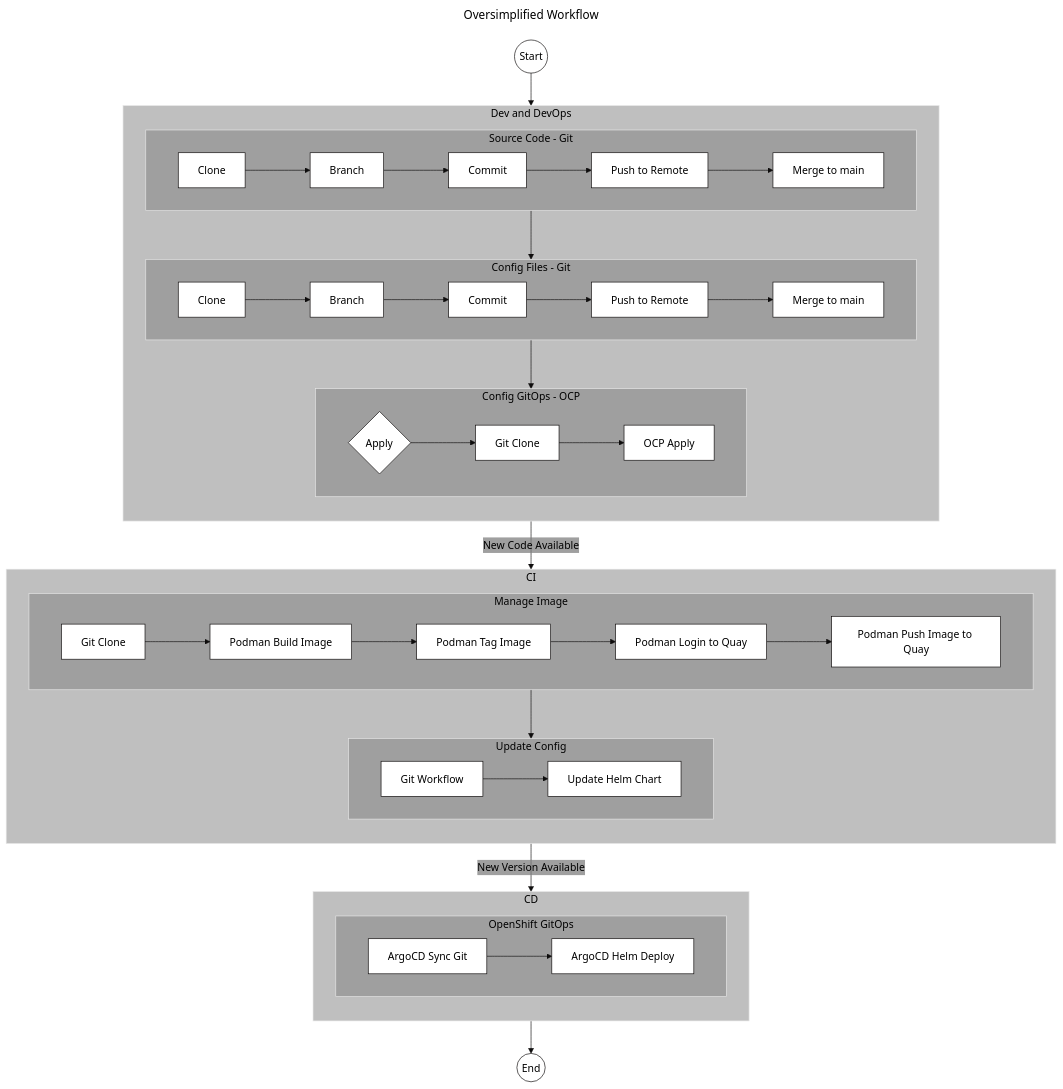
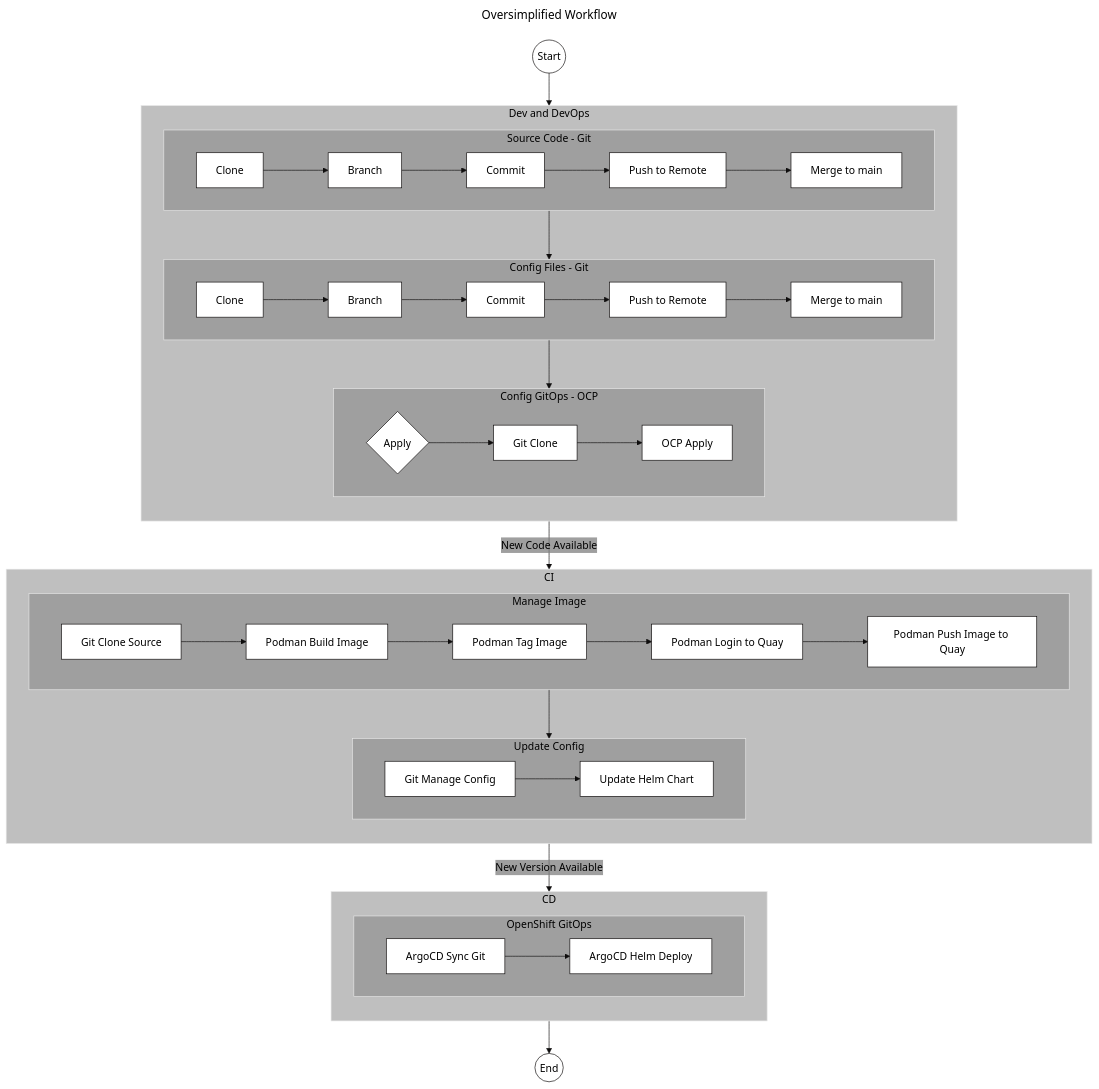
The diagram in README.md (ppremru/xyz-app), drawn with Mermaid before and after one commit.

````diff
--- a/README.md
+++ b/README.md
@@ -43,69 +43,69 @@
 ```mermaid
 ---
 title: Oversimplified Workflow
 config:
   theme: 'base'
   themeVariables:
     primaryColor: '#FFFFFFFF'
     primaryTextColor: '#000000'
     primaryBorderColor: '#0c0909ff'
     clusterBkg: '#80808080'
     lineColor: '#0e0d0dff'
     secondaryColor: '#80808080'
 ---
 flowchart TB
     subgraph 0[Dev and DevOps]
         direction TB
         subgraph s[Source Code - Git]
             direction LR
             s1[Clone] --> s2[Branch]
             s2 --> s3[Commit]
             s3 --> s4[Push to Remote]
             s4 --> s5[Merge to main]
         end
         subgraph c[Config Files - Git]
             direction LR
             c1[Clone] --> c2[Branch]
             c2 --> c3[Commit]
             c3 --> c4[Push to Remote]
             c4 --> c5[Merge to main]
         end
         s --> c
         subgraph x[Config GitOps - OCP]
             direction LR
             x0{Apply} --> x1[Git Clone]
             x1 --> x2[OCP Apply]
         end
         c --> x
     end
 
     subgraph 1[CI]
         direction TB
         subgraph buildimage[Manage Image]
             direction LR
-            buildimage0[Git Clone] --> buildimage1[Podman Build Image]
+            buildimage0[Git Clone Source] --> buildimage1[Podman Build Image]
             buildimage1 --> buildimage2[Podman Tag Image]
             buildimage2 --> buildimage3[Podman Login to Quay]
             buildimage3 --> buildimage4[Podman Push Image to Quay]
         end
         subgraph updateconfig[Update Config]
             direction LR
-            updateimage0[Git Workflow] --> updateimage1[Update Helm Chart]
+            updateimage0[Git Manage Config] --> updateimage1[Update Helm Chart]
         end
         buildimage --> updateconfig
     end
 
 
     subgraph 2[CD]
         direction TB
         subgraph OCP[OpenShift GitOps]
             direction LR
             OCP1[ArgoCD Sync Git] --> OCP2[ArgoCD Helm Deploy]
         end
     end
 
     Start((Start)) --> 0
     0 -- "New Code Available" --> 1
     1 -- "New Version Available" --> 2
     2 --> End((End))
 ```
````
